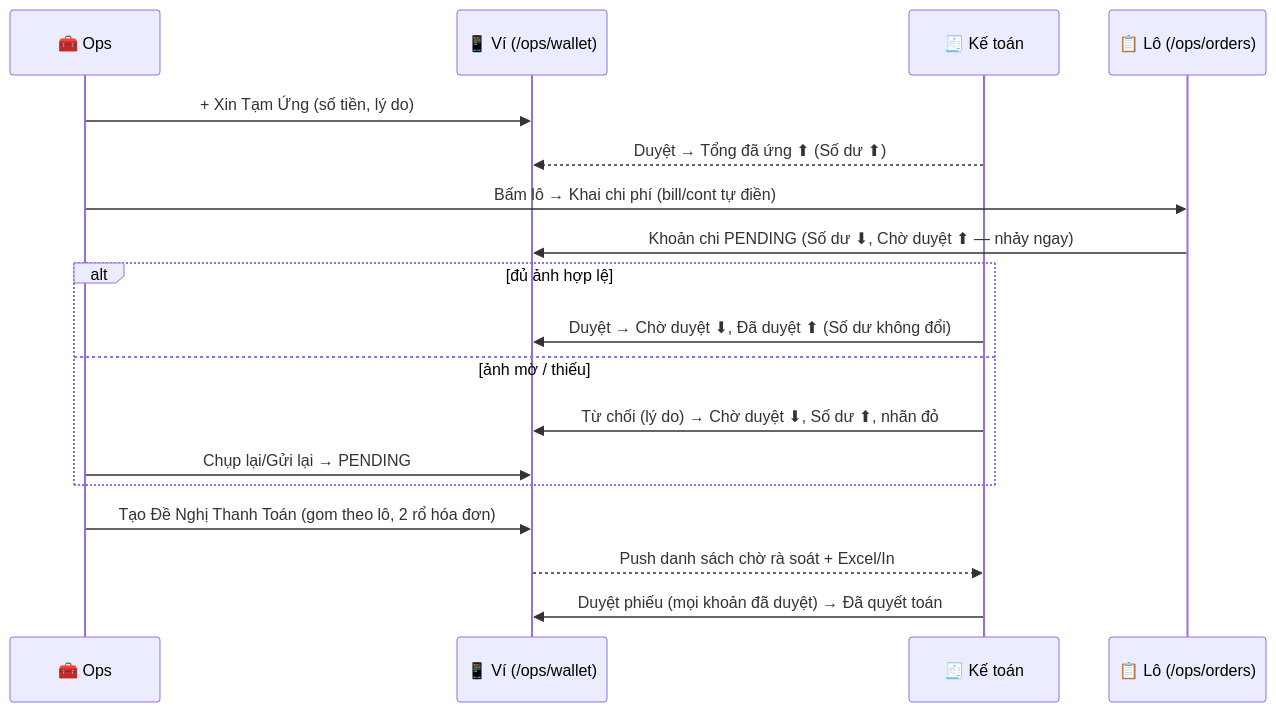
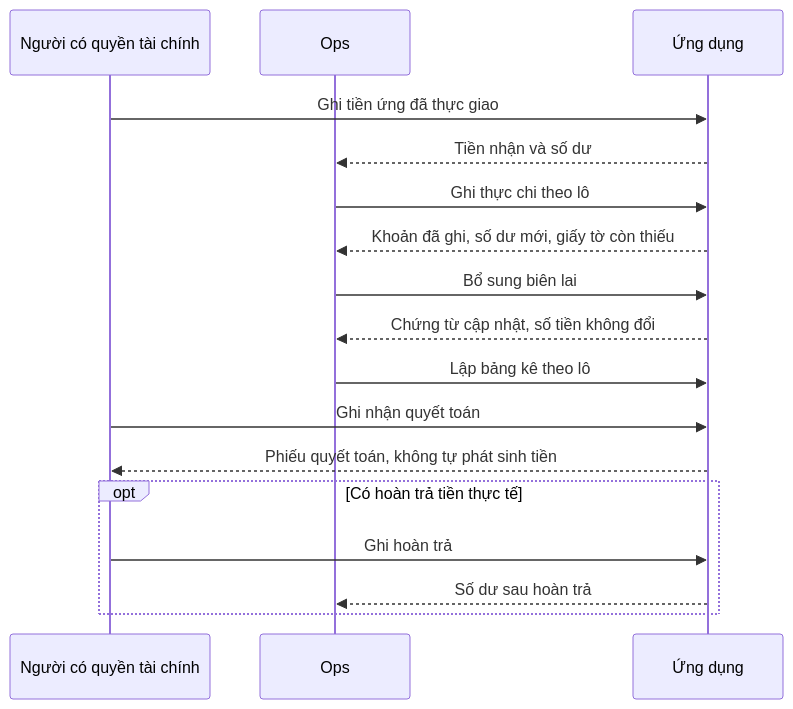
Before and after one commit to 4rankng/silversea: the diagram in docs/prd/OpsVanHanh.md, drawn with Mermaid. The commit also changed other lines of this file and 101 other files, not shown here.

````diff
--- a/docs/prd/OpsVanHanh.md
+++ b/docs/prd/OpsVanHanh.md
@@ -190,21 +138,19 @@
 ```mermaid
 sequenceDiagram
-    participant OPS as 🧰 Ops
-    participant V as 📱 Ví (/ops/wallet)
-    participant KT as 🧾 Kế toán
-    participant LS as 📋 Lô (/ops/orders)
-
-    OPS->>V: + Xin Tạm Ứng (số tiền, lý do)
-    KT-->>V: Duyệt → Tổng đã ứng ⬆ (Số dư ⬆)
-    OPS->>LS: Bấm lô → Khai chi phí (bill/cont tự điền)
-    LS->>V: Khoản chi PENDING (Số dư ⬇, Chờ duyệt ⬆ — nhảy ngay)
-    alt đủ ảnh hợp lệ
-        KT->>V: Duyệt → Chờ duyệt ⬇, Đã duyệt ⬆ (Số dư không đổi)
-    else ảnh mờ / thiếu
-        KT->>V: Từ chối (lý do) → Chờ duyệt ⬇, Số dư ⬆, nhãn đỏ
-        OPS->>V: Chụp lại/Gửi lại → PENDING
+    participant TC as Người có quyền tài chính
+    participant OPS as Ops
+    participant HT as Ứng dụng
+    TC->>HT: Ghi tiền ứng đã thực giao
+    HT-->>OPS: Tiền nhận và số dư
+    OPS->>HT: Ghi thực chi theo lô
+    HT-->>OPS: Khoản đã ghi, số dư mới, giấy tờ còn thiếu
+    OPS->>HT: Bổ sung biên lai
+    HT-->>OPS: Chứng từ cập nhật, số tiền không đổi
+    OPS->>HT: Lập bảng kê theo lô
+    TC->>HT: Ghi nhận quyết toán
+    HT-->>TC: Phiếu quyết toán, không tự phát sinh tiền
+    opt Có hoàn trả tiền thực tế
+        TC->>HT: Ghi hoàn trả
+        HT-->>OPS: Số dư sau hoàn trả
     end
-    OPS->>V: Tạo Đề Nghị Thanh Toán (gom theo lô, 2 rổ hóa đơn)
-    V-->>KT: Push danh sách chờ rà soát + Excel/In
-    KT->>V: Duyệt phiếu (mọi khoản đã duyệt) → Đã quyết toán
 ```
````
